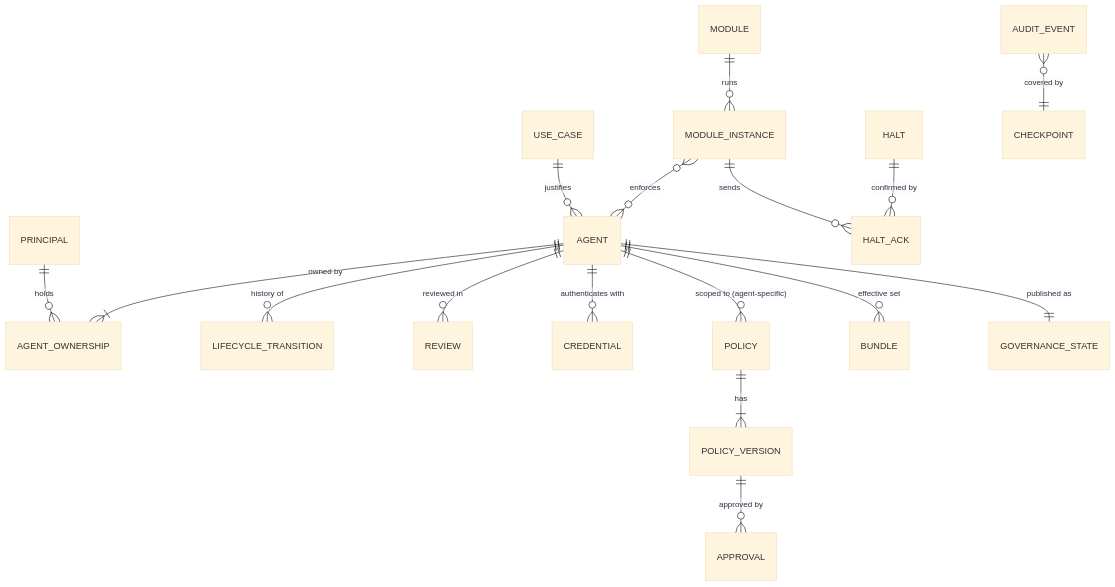
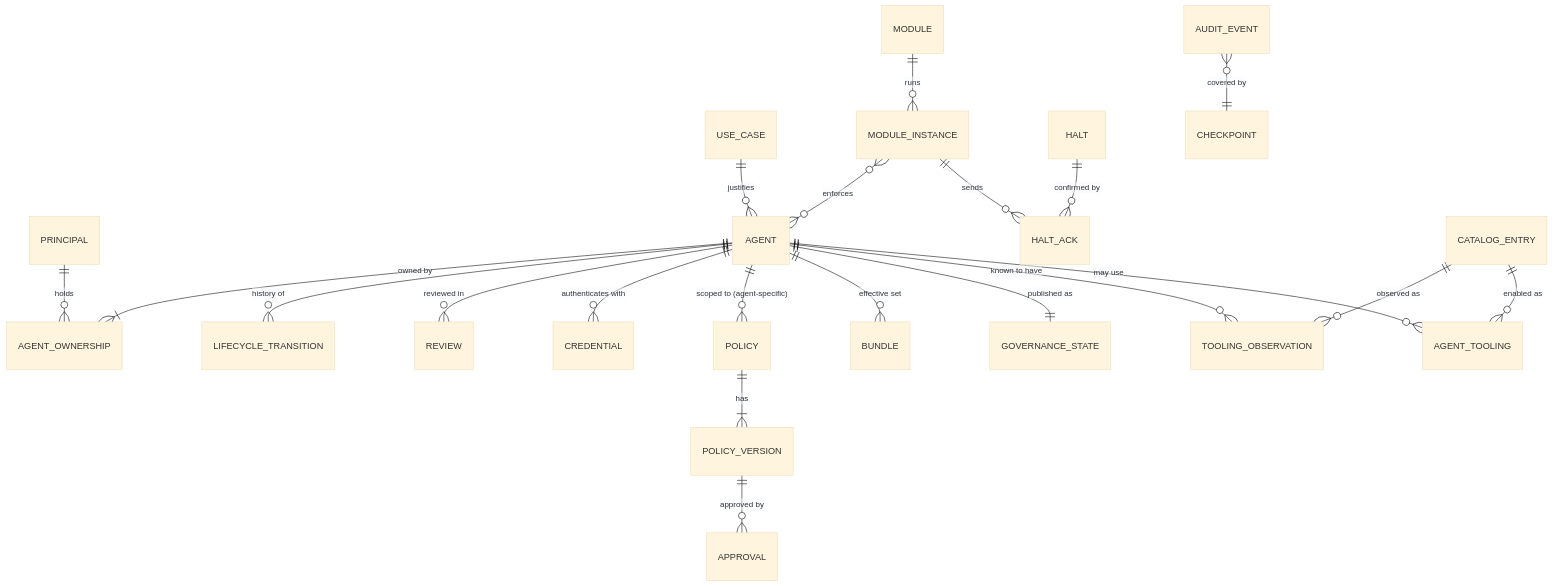
One commit to J466Y/WhiteTower changed the sixth of 6 diagrams in docs/architecture/mvp-architecture.md. Above: the diagram before and after it, drawn with Mermaid (base theme). The commit also changed other lines of this file and 25 other files, not shown here.

First line of the commit message:
docs(P1-16): integrate RFC-0002 into MVP architecture, requirements and roadmap (#45)

````diff
--- a/docs/architecture/mvp-architecture.md
+++ b/docs/architecture/mvp-architecture.md
@@ -334,19 +382,23 @@
 ```mermaid
 erDiagram
     PRINCIPAL ||--o{ AGENT_OWNERSHIP : holds
     AGENT ||--|{ AGENT_OWNERSHIP : "owned by"
     USE_CASE ||--o{ AGENT : justifies
     AGENT ||--o{ LIFECYCLE_TRANSITION : "history of"
     AGENT ||--o{ REVIEW : "reviewed in"
     AGENT ||--o{ CREDENTIAL : "authenticates with"
     POLICY ||--|{ POLICY_VERSION : has
     POLICY_VERSION ||--o{ APPROVAL : "approved by"
     AGENT ||--o{ POLICY : "scoped to (agent-specific)"
     AGENT ||--o{ BUNDLE : "effective set"
     AGENT ||--|| GOVERNANCE_STATE : "published as"
     MODULE ||--o{ MODULE_INSTANCE : runs
     MODULE_INSTANCE }o--o{ AGENT : enforces
     HALT ||--o{ HALT_ACK : "confirmed by"
     MODULE_INSTANCE ||--o{ HALT_ACK : sends
     AUDIT_EVENT }o--|| CHECKPOINT : "covered by"
+    AGENT ||--o{ TOOLING_OBSERVATION : "known to have"
+    CATALOG_ENTRY ||--o{ TOOLING_OBSERVATION : "observed as"
+    AGENT ||--o{ AGENT_TOOLING : "may use"
+    CATALOG_ENTRY ||--o{ AGENT_TOOLING : "enabled as"
 ```
````
